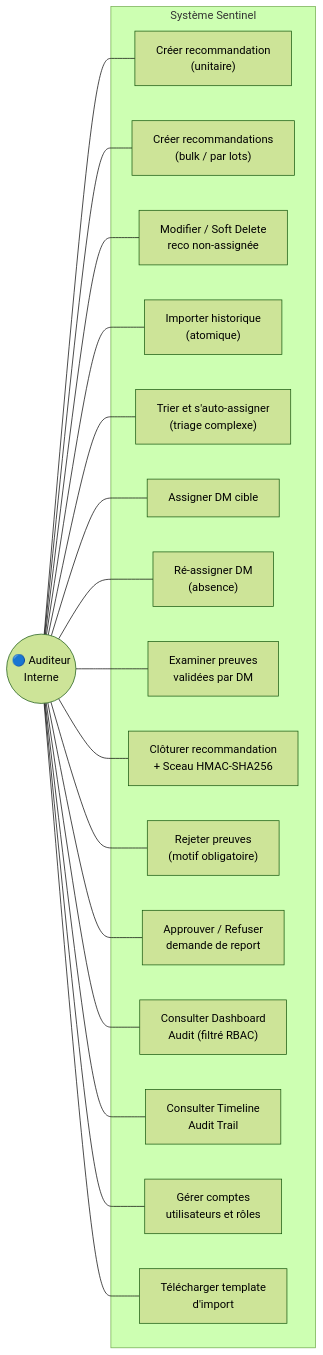
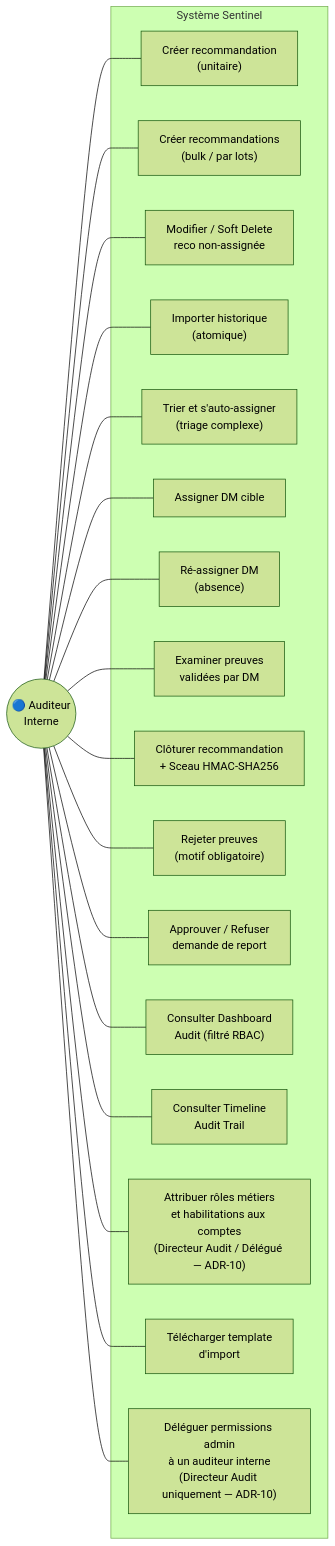
Diagram 14 of 20 in _bmad-output/planning-artifacts/system-diagrams.md (Tchendjou2003/bicec--Sentinel), drawn with Mermaid (forest theme) before and after one commit. The commit also changed other lines of this file and 46 other files, not shown here.

````diff
--- a/_bmad-output/planning-artifacts/system-diagrams.md
+++ b/_bmad-output/planning-artifacts/system-diagrams.md
@@ -880,38 +880,40 @@
 ```mermaid
 flowchart LR
     subgraph "Système Sentinel"
         UC1["Créer recommandation\n(unitaire)"]
         UC2["Créer recommandations\n(bulk / par lots)"]
         UC3["Modifier / Soft Delete\nreco non-assignée"]
         UC4["Importer historique\n(atomique)"]
         UC5["Trier et s'auto-assigner\n(triage complexe)"]
         UC6["Assigner DM cible"]
         UC7["Ré-assigner DM\n(absence)"]
         UC8["Examiner preuves\nvalidées par DM"]
         UC9["Clôturer recommandation\n+ Sceau HMAC-SHA256"]
         UC10["Rejeter preuves\n(motif obligatoire)"]
         UC11["Approuver / Refuser\ndemande de report"]
         UC12["Consulter Dashboard\nAudit (filtré RBAC)"]
         UC13["Consulter Timeline\nAudit Trail"]
-        UC14["Gérer comptes\nutilisateurs et rôles"]
+        UC14["Attribuer rôles métiers\net habilitations aux comptes\n(Directeur Audit / Délégué — ADR-10)"]
         UC15["Télécharger template\nd'import"]
+        UC16["Déléguer permissions admin\nà un auditeur interne\n(Directeur Audit uniquement — ADR-10)"]
     end
 
     AU(("🔵 Auditeur\nInterne"))
 
     AU --- UC1
     AU --- UC2
     AU --- UC3
     AU --- UC4
     AU --- UC5
     AU --- UC6
     AU --- UC7
     AU --- UC8
     AU --- UC9
     AU --- UC10
     AU --- UC11
     AU --- UC12
     AU --- UC13
     AU --- UC14
     AU --- UC15
+    AU --- UC16
 ```
````
